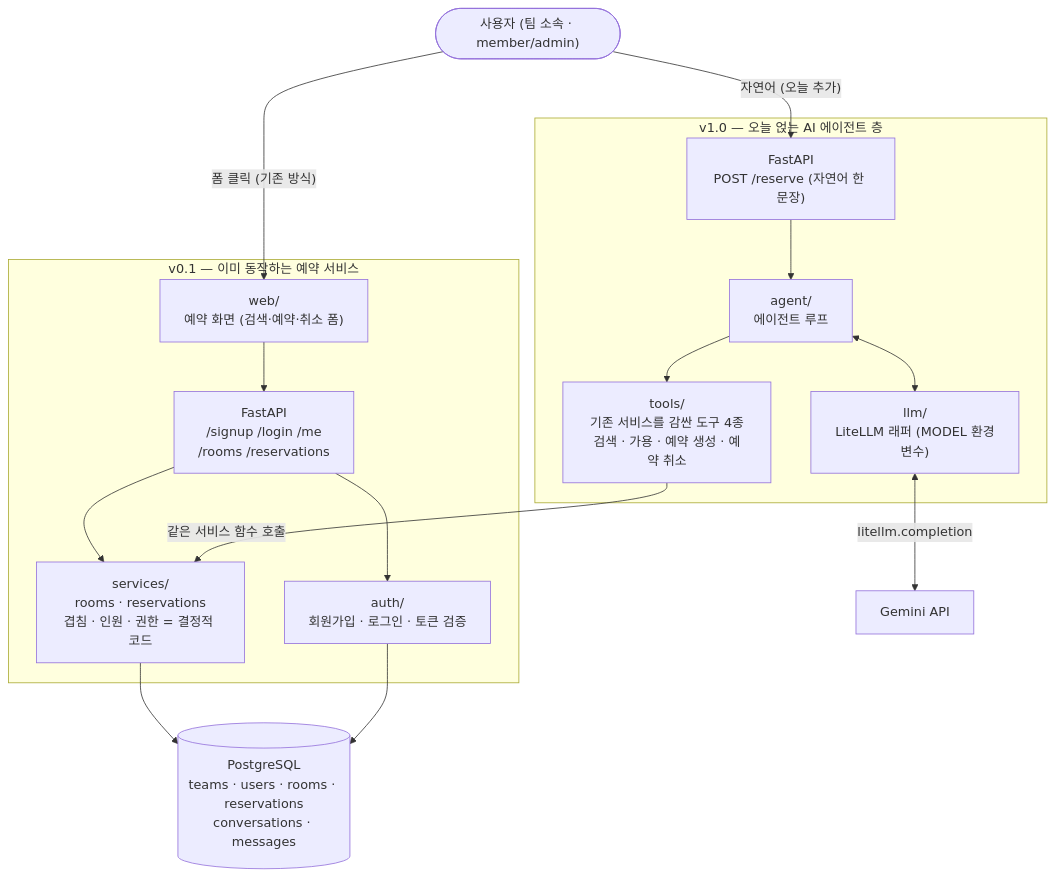
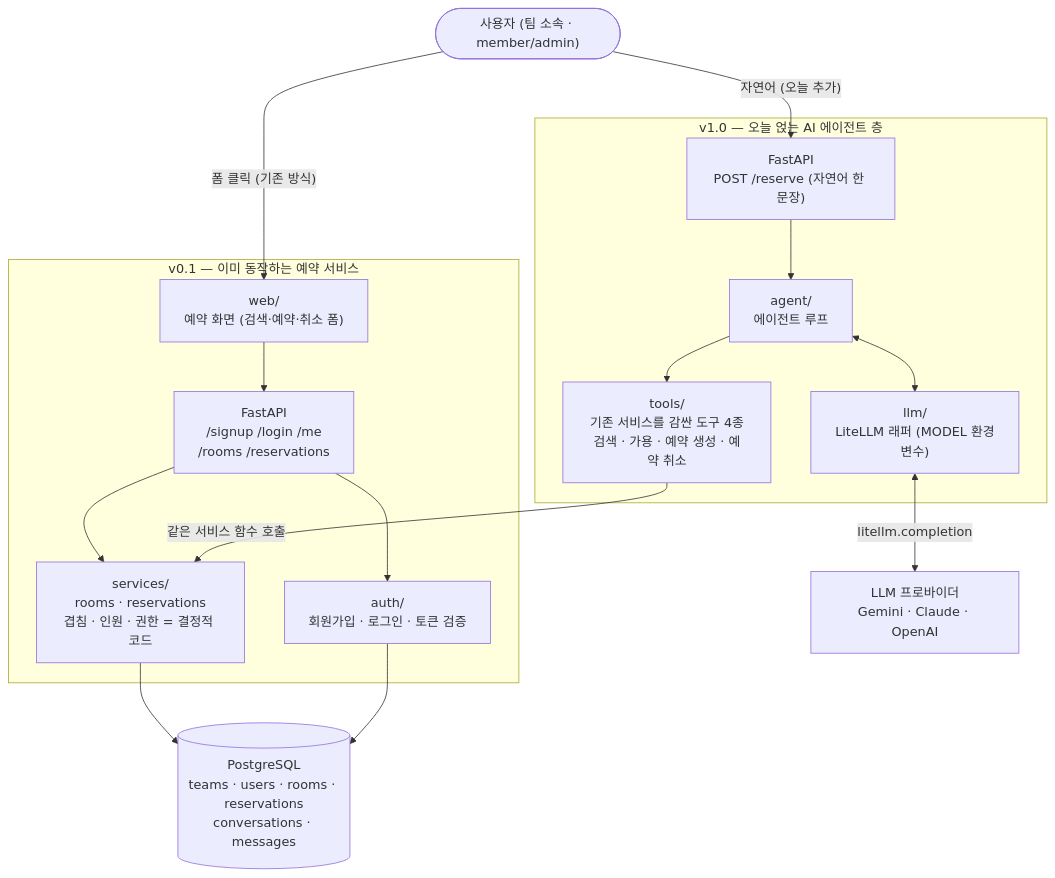
One commit to 2026-ai-service-engineering-a/ai_service_engineering-track_a changed the second of 10 diagrams in site/src/content/courses/ko/session-02.mdx. Above: the diagram before and after it, drawn with Mermaid. The commit also changed other lines of this file, not shown here.

First line of the commit message:
Make session-02 LLM layer multi-provider and add v1.5 SQL-tool track

````diff
--- a/site/src/content/courses/ko/session-02.mdx
+++ b/site/src/content/courses/ko/session-02.mdx
@@ -156,31 +159,31 @@
 ```mermaid
 flowchart TB
     U(["사용자 (팀 소속 · member/admin)"])
 
     subgraph existing["v0.1 — 이미 동작하는 예약 서비스"]
         WEBUI["web/<br/>예약 화면 (검색·예약·취소 폼)"]
         API["FastAPI<br/>/signup /login /me<br/>/rooms /reservations"]
         AUTH["auth/<br/>회원가입 · 로그인 · 토큰 검증"]
         SVC["services/<br/>rooms · reservations<br/>겹침 · 인원 · 권한 = 결정적 코드"]
         WEBUI --> API
         API --> AUTH
         API --> SVC
     end
 
     subgraph added["v1.0 — 오늘 얹는 AI 에이전트 층"]
         API2["FastAPI<br/>POST /reserve (자연어 한 문장)"]
         AG["agent/<br/>에이전트 루프"]
         LLM["llm/<br/>LiteLLM 래퍼 (MODEL 환경변수)"]
         TOOLS["tools/<br/>기존 서비스를 감싼 도구 4종<br/>검색 · 가용 · 예약 생성 · 예약 취소"]
         API2 --> AG
         AG <--> LLM
         AG --> TOOLS
     end
 
     U -->|"폼 클릭 (기존 방식)"| WEBUI
     U -->|"자연어 (오늘 추가)"| API2
     TOOLS -->|"같은 서비스 함수 호출"| SVC
     SVC --> PG[("PostgreSQL<br/>teams · users · rooms · reservations<br/>conversations · messages")]
     AUTH --> PG
-    LLM <-->|litellm.completion| G["Gemini API"]
+    LLM <-->|litellm.completion| G["LLM 프로바이더<br/>Gemini · Claude · OpenAI"]
 ```
````
